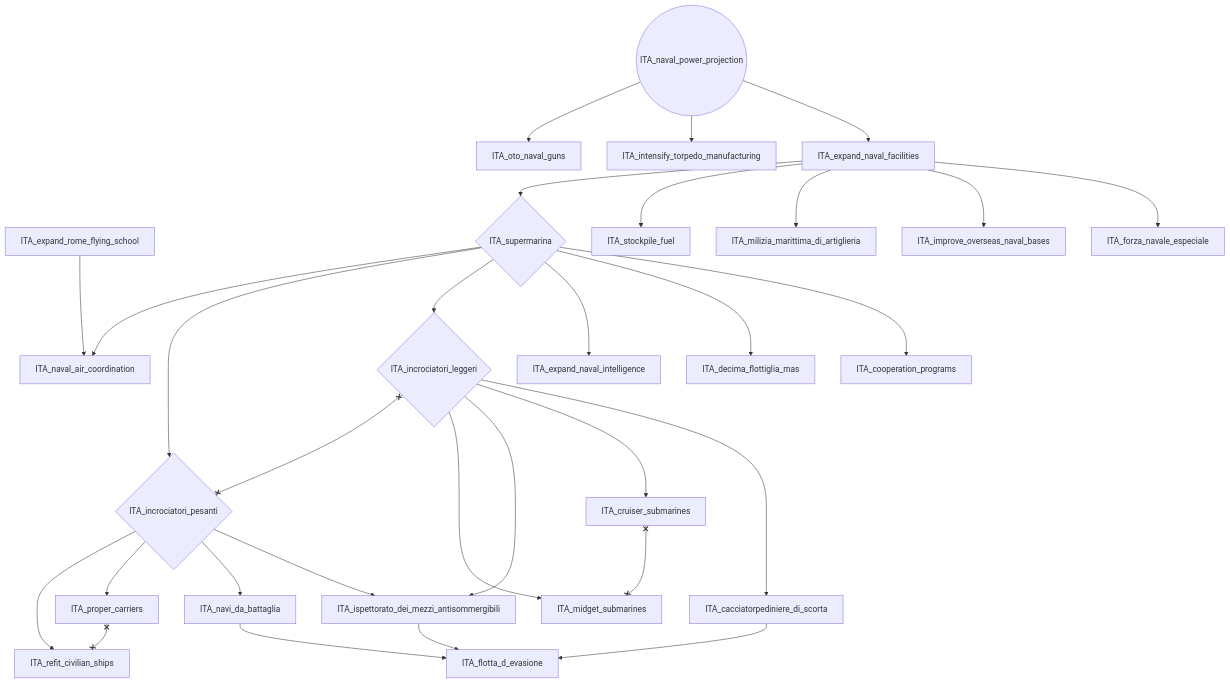
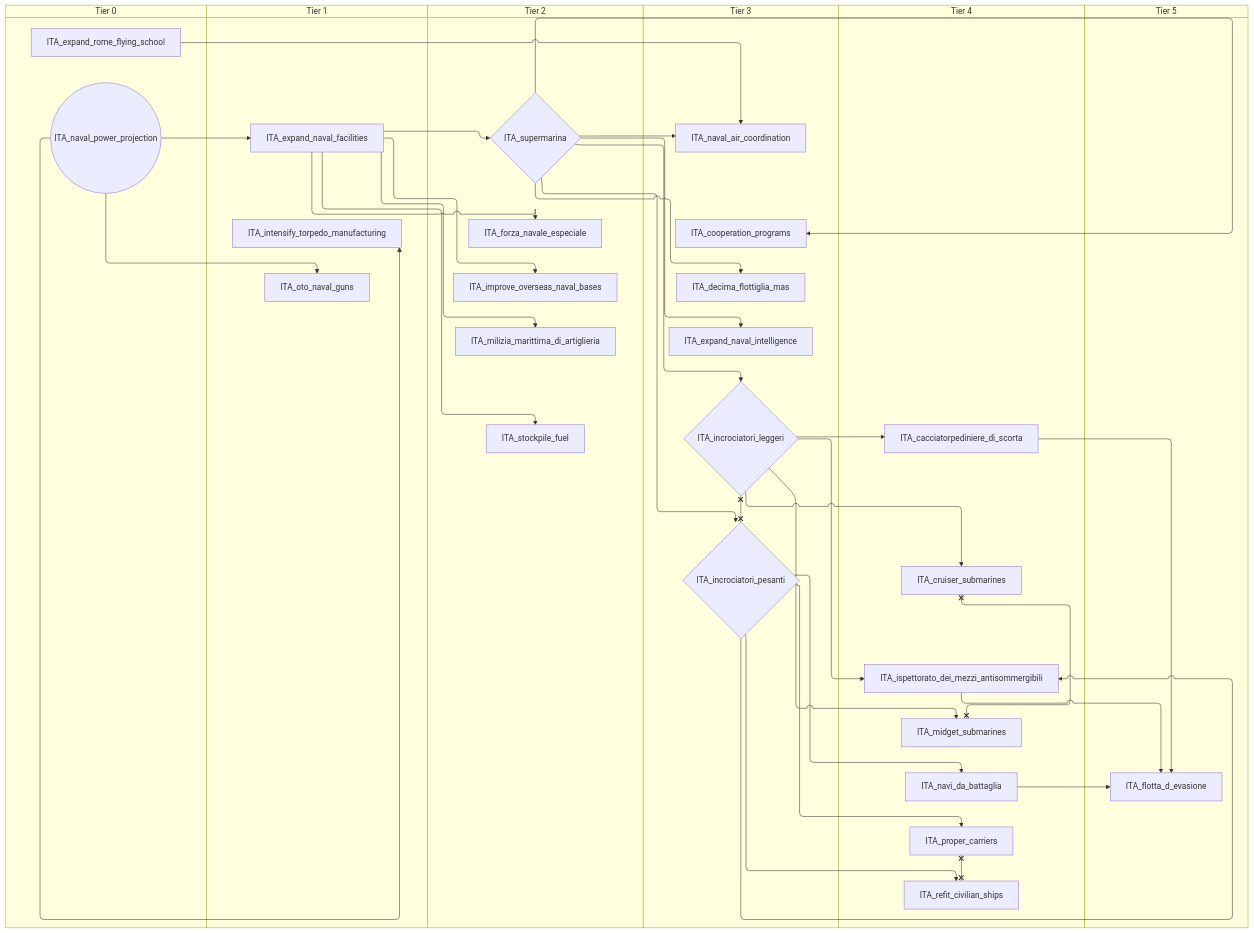
The fifth of 10 diagrams in docs/gdd/National Focuses/italy.md (evgeny-sobol/hoi4-sandbox-mode), drawn with Mermaid before and after one commit. The commit also changed other lines of this file and 80 other files, not shown here.

First line of the commit message:
Add swimlane mode to focus graph exporter

````diff
--- a/docs/gdd/National Focuses/italy.md
+++ b/docs/gdd/National Focuses/italy.md
@@ -236,56 +284,68 @@
 ```mermaid
-flowchart TD
-    n67["ITA_cacciatorpediniere_di_scorta"]
-    n68["ITA_cooperation_programs"]
-    n69["ITA_cruiser_submarines"]
-    n70["ITA_decima_flottiglia_mas"]
-    n71["ITA_expand_naval_facilities"]
-    n72["ITA_expand_naval_intelligence"]
-    n5["ITA_expand_rome_flying_school"]
-    n73["ITA_flotta_d_evasione"]
-    n74["ITA_forza_navale_especiale"]
-    n75["ITA_improve_overseas_naval_bases"]
-    n76{"ITA_incrociatori_leggeri"}
-    n77{"ITA_incrociatori_pesanti"}
-    n78["ITA_intensify_torpedo_manufacturing"]
-    n79["ITA_ispettorato_dei_mezzi_antisommergibili"]
-    n80["ITA_midget_submarines"]
-    n81["ITA_milizia_marittima_di_artiglieria"]
-    n9["ITA_naval_air_coordination"]
-    n82(("ITA_naval_power_projection"))
-    n83["ITA_navi_da_battaglia"]
-    n84["ITA_oto_naval_guns"]
-    n85["ITA_proper_carriers"]
-    n86["ITA_refit_civilian_ships"]
-    n87["ITA_stockpile_fuel"]
-    n15{"ITA_supermarina"}
-    n76 --> n67
-    n15 --> n68
-    n76 --> n69
-    n15 --> n70
-    n82 --> n71
-    n15 --> n72
-    n79 --> n73
-    n67 --> n73
-    n83 --> n73
-    n71 --> n74
-    n71 --> n75
-    n15 --> n76
-    n15 --> n77
-    n82 --> n78
-    n76 --> n79
-    n77 --> n79
-    n76 --> n80
-    n71 --> n81
-    n15 --> n9
-    n5 --> n9
-    n77 --> n83
-    n82 --> n84
-    n77 --> n85
-    n77 --> n86
-    n71 --> n87
-    n71 --> n15
-    n69 x--x n80
-    n76 x--x n77
+swimlane-beta TD
+    subgraph tier_0["Tier 0"]
+        n4["ITA_expand_rome_flying_school"]
+        n67(("ITA_naval_power_projection"))
+    end
+    subgraph tier_1["Tier 1"]
+        n68["ITA_expand_naval_facilities"]
+        n69["ITA_intensify_torpedo_manufacturing"]
+        n70["ITA_oto_naval_guns"]
+    end
+    subgraph tier_2["Tier 2"]
+        n71["ITA_forza_navale_especiale"]
+        n72["ITA_improve_overseas_naval_bases"]
+        n73["ITA_milizia_marittima_di_artiglieria"]
+        n74["ITA_stockpile_fuel"]
+        n2{"ITA_supermarina"}
+    end
+    subgraph tier_3["Tier 3"]
+        n75["ITA_cooperation_programs"]
+        n76["ITA_decima_flottiglia_mas"]
+        n77["ITA_expand_naval_intelligence"]
+        n78{"ITA_incrociatori_leggeri"}
+        n79{"ITA_incrociatori_pesanti"}
+        n6["ITA_naval_air_coordination"]
+    end
+    subgraph tier_4["Tier 4"]
+        n80["ITA_cacciatorpediniere_di_scorta"]
+        n81["ITA_cruiser_submarines"]
+        n82["ITA_ispettorato_dei_mezzi_antisommergibili"]
+        n83["ITA_midget_submarines"]
+        n84["ITA_navi_da_battaglia"]
+        n85["ITA_proper_carriers"]
+        n86["ITA_refit_civilian_ships"]
+    end
+    subgraph tier_5["Tier 5"]
+        n87["ITA_flotta_d_evasione"]
+    end
+    n78 --> n80
+    n2 --> n75
+    n78 --> n81
+    n2 --> n76
+    n67 --> n68
+    n2 --> n77
+    n82 --> n87
+    n80 --> n87
+    n84 --> n87
+    n68 --> n71
+    n68 --> n72
+    n2 --> n78
+    n2 --> n79
+    n67 --> n69
+    n78 --> n82
+    n79 --> n82
+    n78 --> n83
+    n68 --> n73
+    n2 --> n6
+    n4 --> n6
+    n79 --> n84
+    n67 --> n70
+    n79 --> n85
+    n79 --> n86
+    n68 --> n74
+    n68 --> n2
+    n81 x--x n83
+    n78 x--x n79
     n85 x--x n86
 ```
````
